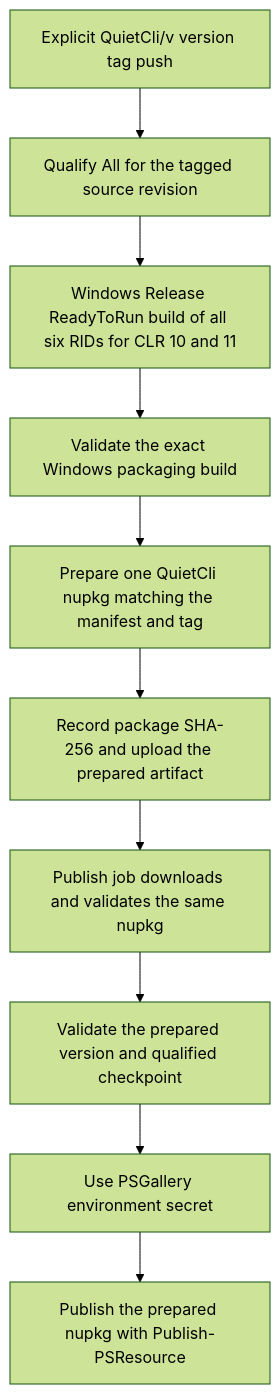
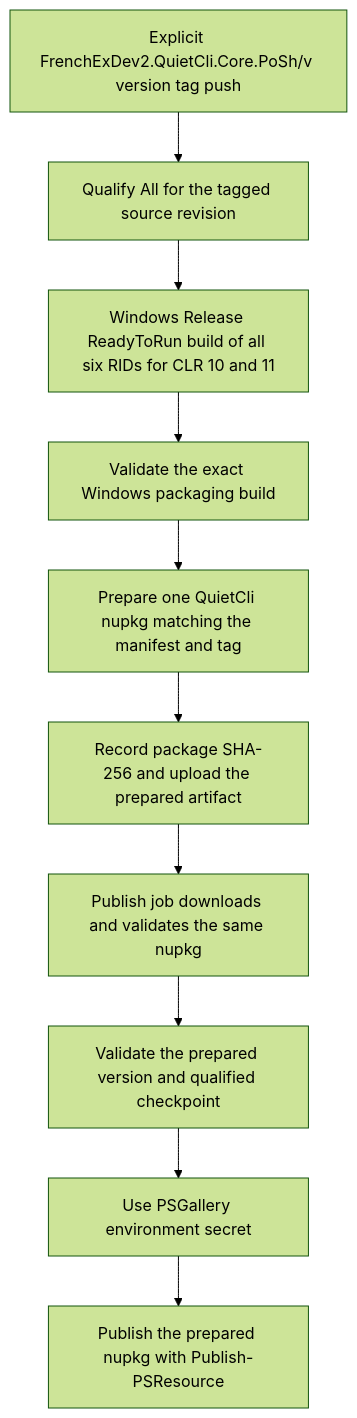
The third of 5 diagrams in docs/ci/execution-model.md (FrenchExDev2/QuietCli.PoSh), drawn with Mermaid (forest theme) before and after one commit. The commit also changed other lines of this file and 41 other files, not shown here.

````diff
--- a/docs/ci/execution-model.md
+++ b/docs/ci/execution-model.md
@@ -74,12 +74,12 @@
 ```mermaid
 flowchart TD
-    D[Explicit QuietCli/v version tag push] --> Q[Qualify All for the tagged source revision]
+    D[Explicit FrenchExDev2.QuietCli.Core.PoSh/v version tag push] --> Q[Qualify All for the tagged source revision]
     Q --> W[Windows Release ReadyToRun build of all six RIDs for CLR 10 and 11]
     W --> T[Validate the exact Windows packaging build]
     T --> P[Prepare one QuietCli nupkg matching the manifest and tag]
     P --> H[Record package SHA-256 and upload the prepared artifact]
     H --> V[Publish job downloads and validates the same nupkg]
     V --> C[Validate the prepared version and qualified checkpoint]
     C --> K[Use PSGallery environment secret]
     K --> G[Publish the prepared nupkg with Publish-PSResource]
 ```
````
